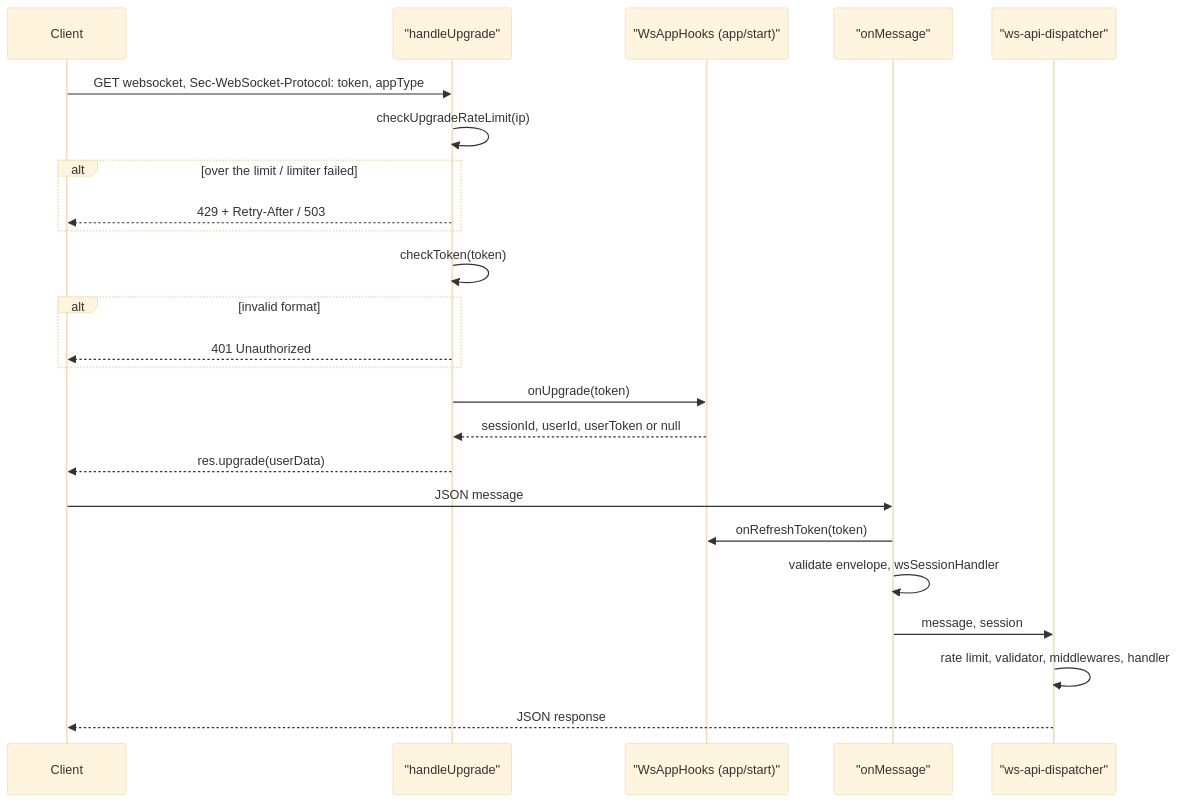
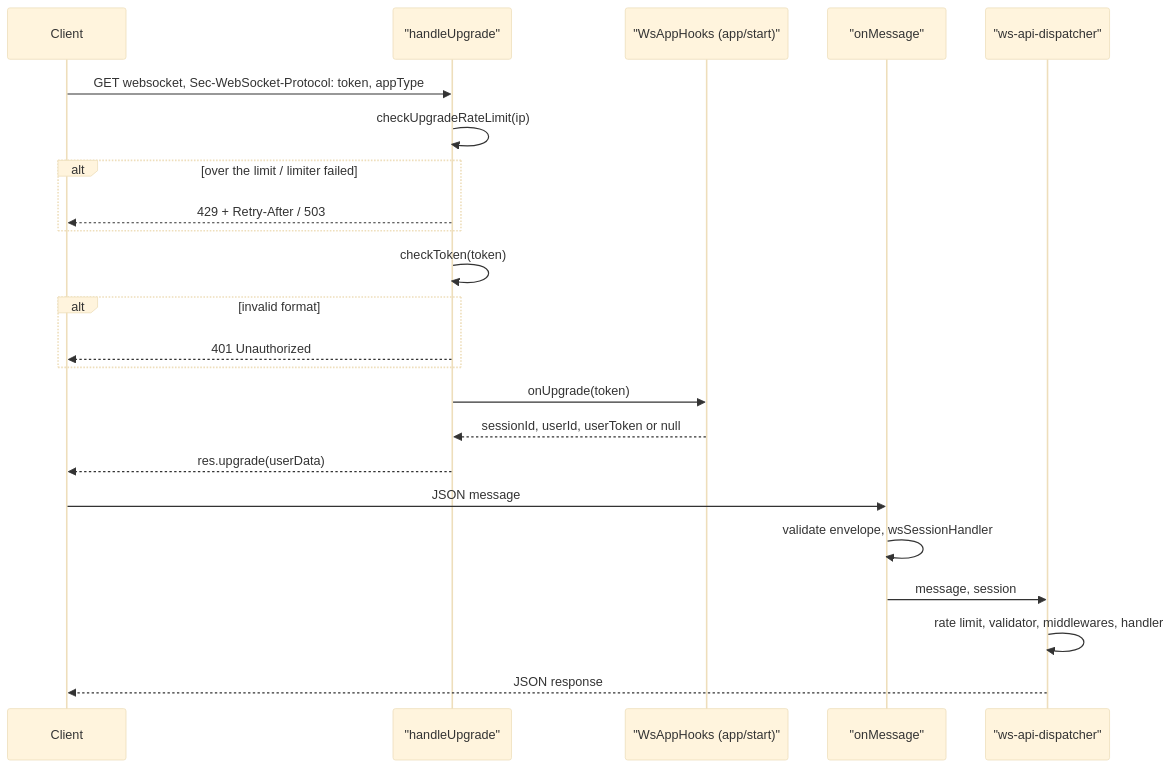
The second of 2 diagrams in documentation/en/backend/request-lifecycle.md (Blazheiko/vibe-template), drawn with Mermaid (base theme) before and after one commit. The commit also changed 36 other files, not shown here.

````diff
--- a/documentation/en/backend/request-lifecycle.md
+++ b/documentation/en/backend/request-lifecycle.md
@@ -159,26 +159,25 @@
 ```mermaid
 sequenceDiagram
   participant Client
   participant U as "handleUpgrade"
   participant Hooks as "WsAppHooks (app/start)"
   participant M as "onMessage"
   participant D as "ws-api-dispatcher"
   Client->>U: GET websocket, Sec-WebSocket-Protocol: token, appType
   U->>U: checkUpgradeRateLimit(ip)
   alt over the limit / limiter failed
     U-->>Client: 429 + Retry-After / 503
   end
   U->>U: checkToken(token)
   alt invalid format
     U-->>Client: 401 Unauthorized
   end
   U->>Hooks: onUpgrade(token)
   Hooks-->>U: sessionId, userId, userToken or null
   U-->>Client: res.upgrade(userData)
   Client->>M: JSON message
-  M->>Hooks: onRefreshToken(token)
   M->>M: validate envelope, wsSessionHandler
   M->>D: message, session
   D->>D: rate limit, validator, middlewares, handler
   D-->>Client: JSON response
 ```
````
